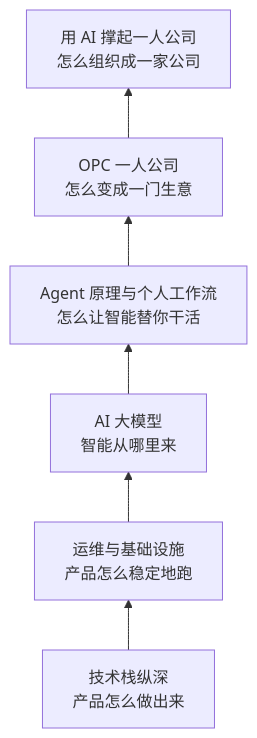
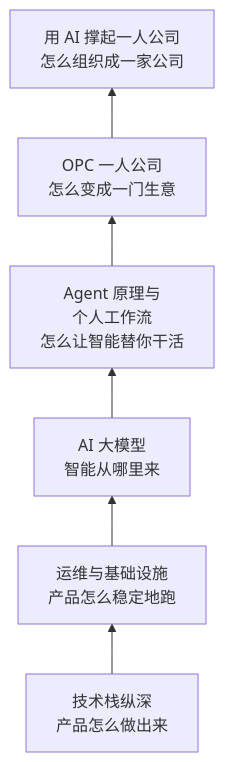
One commit to jarvis-pro/hatch-shelf changed the first of 2 diagrams in books/ai-native-opc/09-epilogue.md. Above: the diagram before and after it, drawn with Mermaid. The commit also changed other lines of this file and 432 other files, not shown here.

````diff
--- a/books/ai-native-opc/09-epilogue.md
+++ b/books/ai-native-opc/09-epilogue.md
@@ -9,8 +9,8 @@
 ```mermaid
 flowchart BT
   STACK["技术栈纵深<br/>产品怎么做出来"] --> OPS["运维与基础设施<br/>产品怎么稳定地跑"]
   OPS --> AI["AI 大模型<br/>智能从哪里来"]
-  AI --> AGENT["Agent 原理与个人工作流<br/>怎么让智能替你干活"]
+  AI --> AGENT["Agent 原理与<br/>个人工作流<br/>怎么让智能替你干活"]
   AGENT --> OPC["OPC 一人公司<br/>怎么变成一门生意"]
   OPC --> THIS["用 AI 撑起一人公司<br/>怎么组织成一家公司"]
 ```
````
